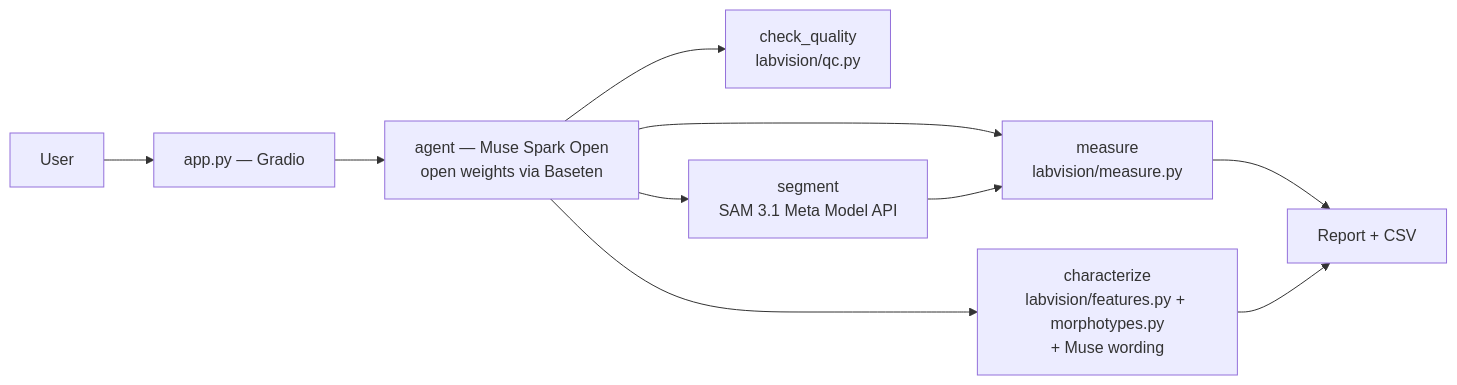
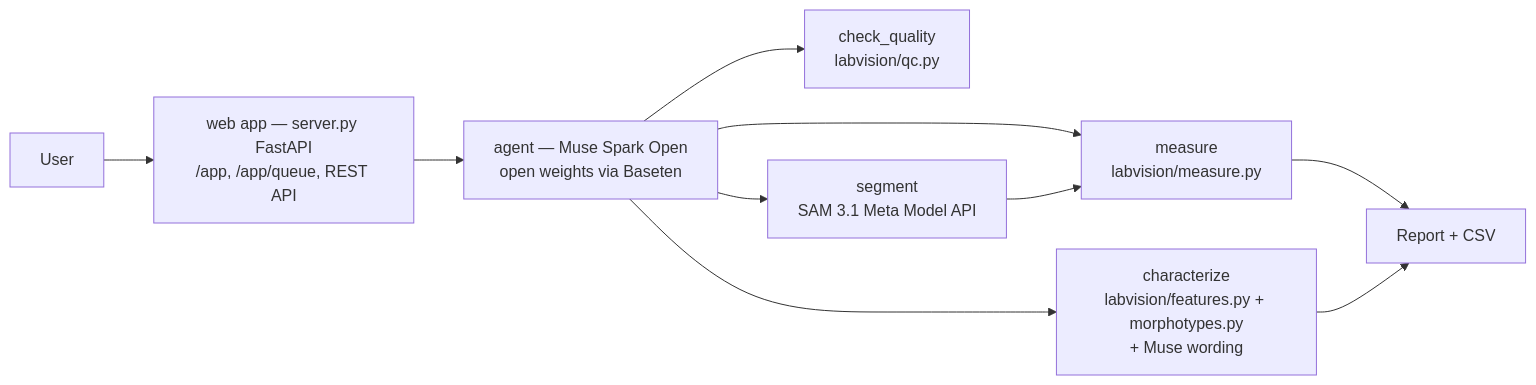
Before and after one commit to Cmon3/LabVision: the diagram in README.md, drawn with Mermaid. The commit also changed other lines of this file and 11 other files, not shown here.

````diff
--- a/README.md
+++ b/README.md
@@ -53,12 +58,12 @@
 ```mermaid
 flowchart LR
-    User --> App[app.py — Gradio]
+    User --> App[web app — server.py FastAPI\n/app, /app/queue, REST API]
     App --> Agent[agent — Muse Spark Open\nopen weights via Baseten]
     Agent --> QC[check_quality\nlabvision/qc.py]
     Agent --> Seg[segment\nSAM 3.1 Meta Model API]
     Agent --> Meas[measure\nlabvision/measure.py]
     Agent --> Char[characterize\nlabvision/features.py + morphotypes.py\n+ Muse wording]
     Seg --> Meas
     Meas --> Report[Report + CSV]
     Char --> Report
 ```
````
